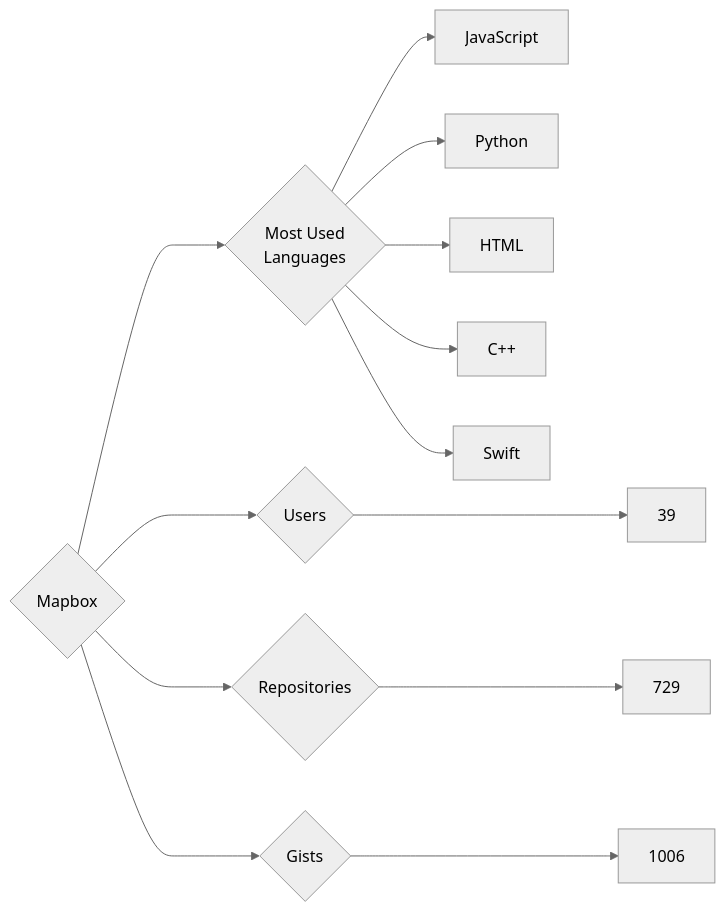
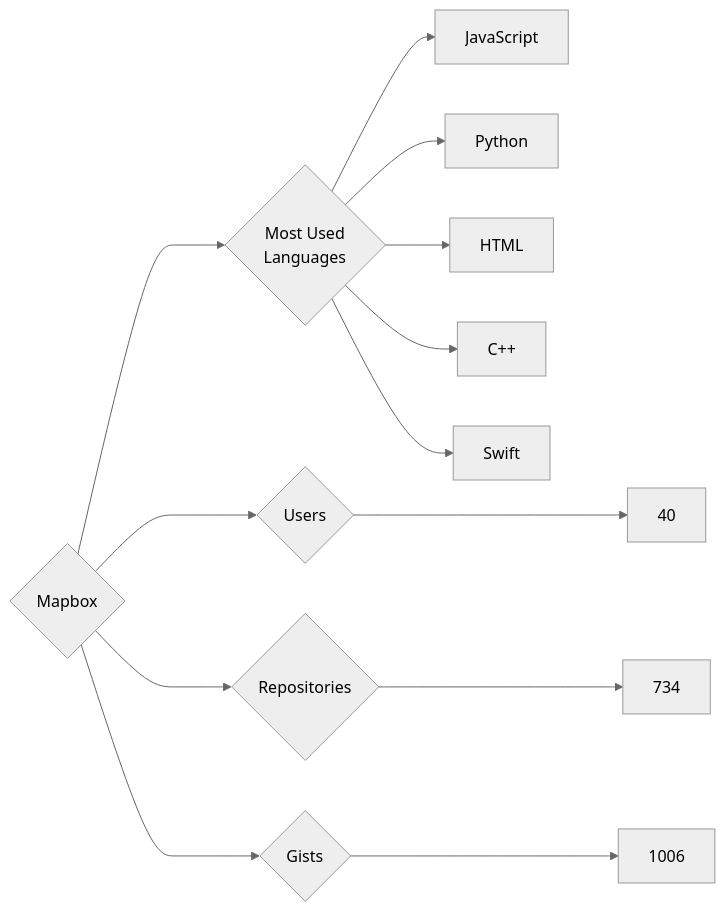
One commit to trickest/insiders changed the diagram in targets/Mapbox/README.md. Above: the diagram before and after it, drawn with Mermaid (neutral theme). The commit also changed 797 other files, not shown here.

````diff
--- a/targets/Mapbox/README.md
+++ b/targets/Mapbox/README.md
@@ -3,13 +3,13 @@
 ```mermaid
 graph LR
 COMPANY_NAME{Mapbox}
-COMPANY_NAME ---> U{Users} ---> UN[39]
-COMPANY_NAME ---> R{Repositories} ---> RN[729]
+COMPANY_NAME ---> U{Users} ---> UN[40]
+COMPANY_NAME ---> R{Repositories} ---> RN[734]
 COMPANY_NAME ---> G{Gists} ---> GN[1006]
 COMPANY_NAME ---> ML{Most Used<br>Languages}
 ML --> JavaScript[JavaScript]
 ML --> Python[Python]
 ML --> HTML[HTML]
 ML --> C++[C++]
 ML --> Swift[Swift]
 ```
````
